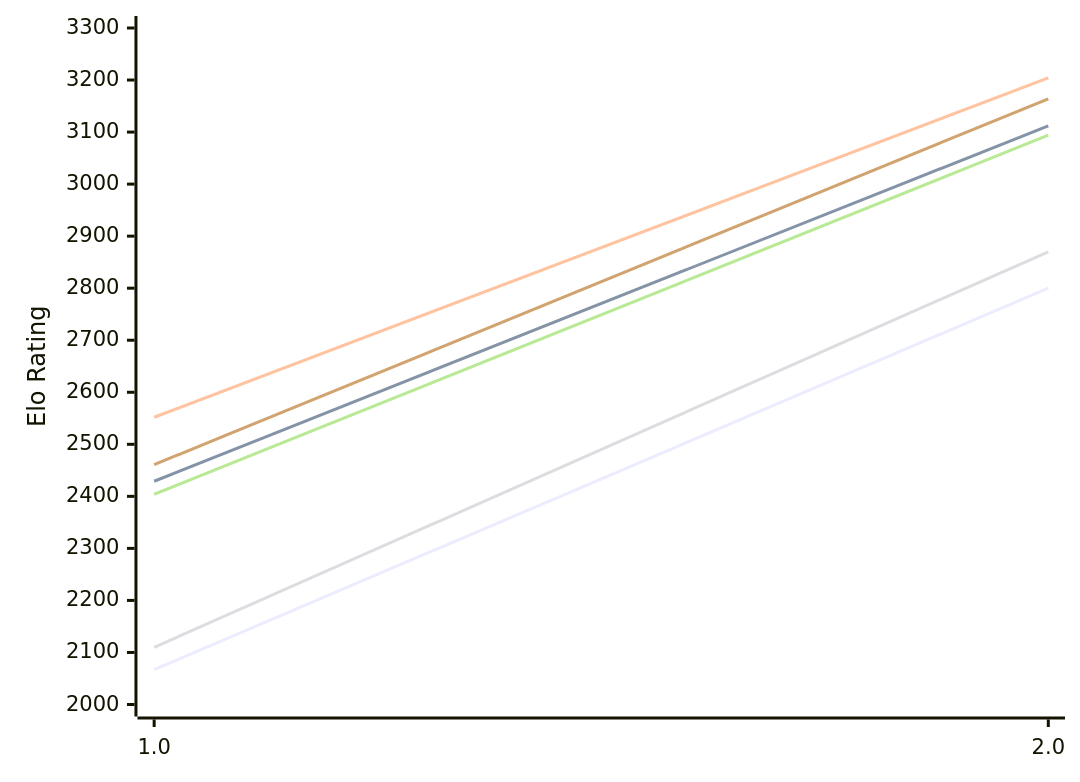
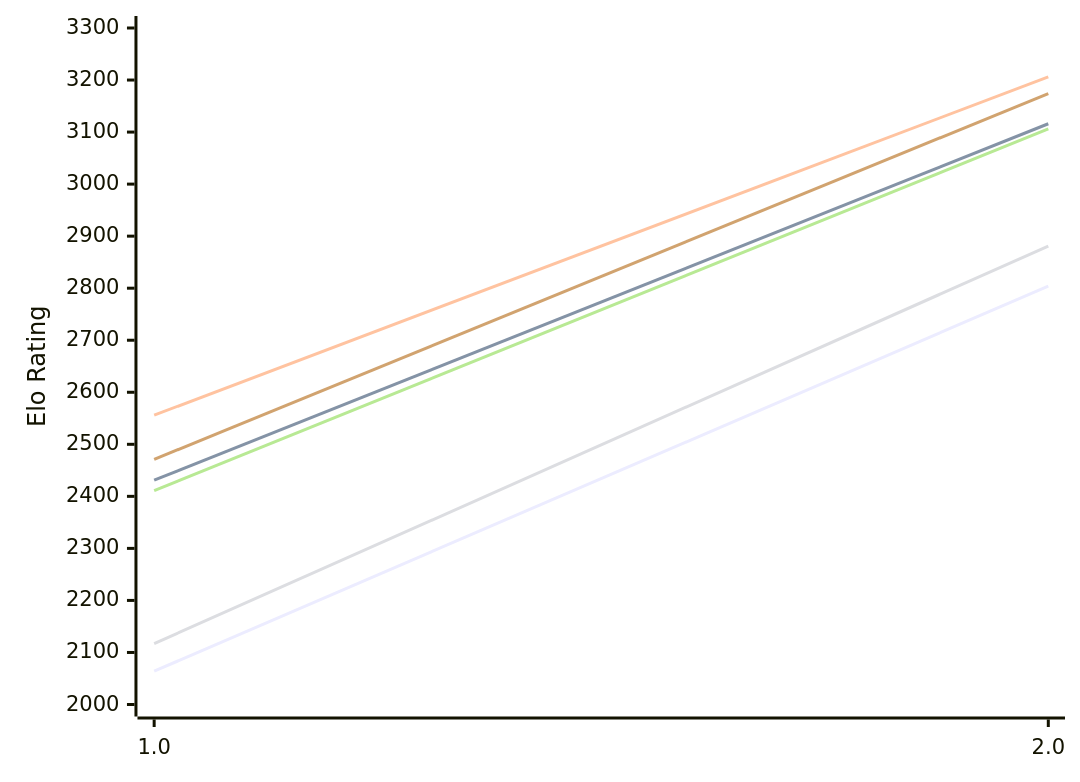
One commit to computer-chess-index/cci changed the diagram in engines/Scarlet.md. Above: the diagram before and after it, drawn with Mermaid. The commit also changed other lines of this file, not shown here.

Commit message:
Update CCI Ratings (ELO VLTC) - 2026-11-25

````diff
--- a/engines/Scarlet.md
+++ b/engines/Scarlet.md
@@ -49,12 +49,12 @@
 ```mermaid
 %%{init: {"theme":"base","themeVariables":{"seriesColors:['#a3a3a3','#222221','#faa371']}}}%%
 xychart-beta
   x-axis ["1.0", "2.0"]
   y-axis "Elo Rating" 2000 --> 3300
-  line "E1: STC (8.0+0.08s)" [2067, 2800]
-  line "E1: LTC (60.0+0.60s)" [2429, 3112]
-  line "E1: VLTC (2m24s+1.12s)" [2552, 3204]
-  line "P1: STC (8.0+0.08s)" [2110, 2870]
-  line "P1: LTC (60.0+0.60s)" [2404, 3094]
-  line "P1: VLTC (2m24s+1.12s)" [2461, 3164]
+  line "E1: STC (8.0+0.08s)" [2064, 2804]
+  line "E1: LTC (60.0+0.60s)" [2431, 3116]
+  line "E1: VLTC (2m24s+1.12s)" [2556, 3206]
+  line "P1: STC (8.0+0.08s)" [2117, 2881]
+  line "P1: LTC (60.0+0.60s)" [2411, 3106]
+  line "P1: VLTC (2m24s+1.12s)" [2471, 3174]
 ```
````
